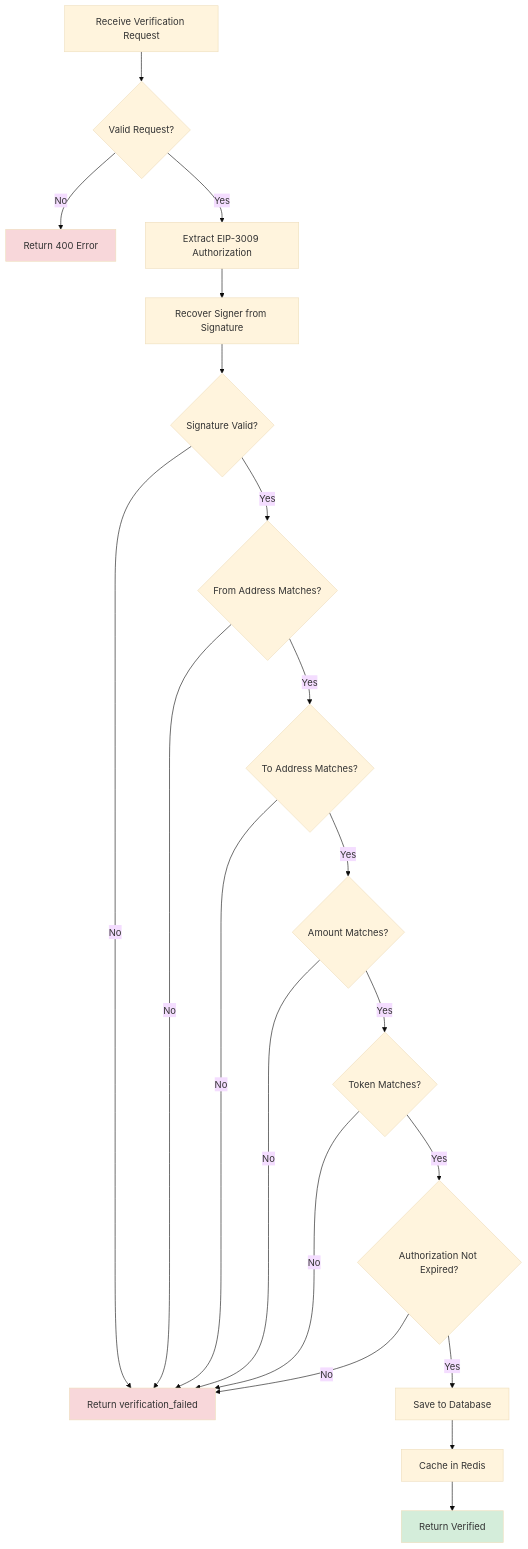
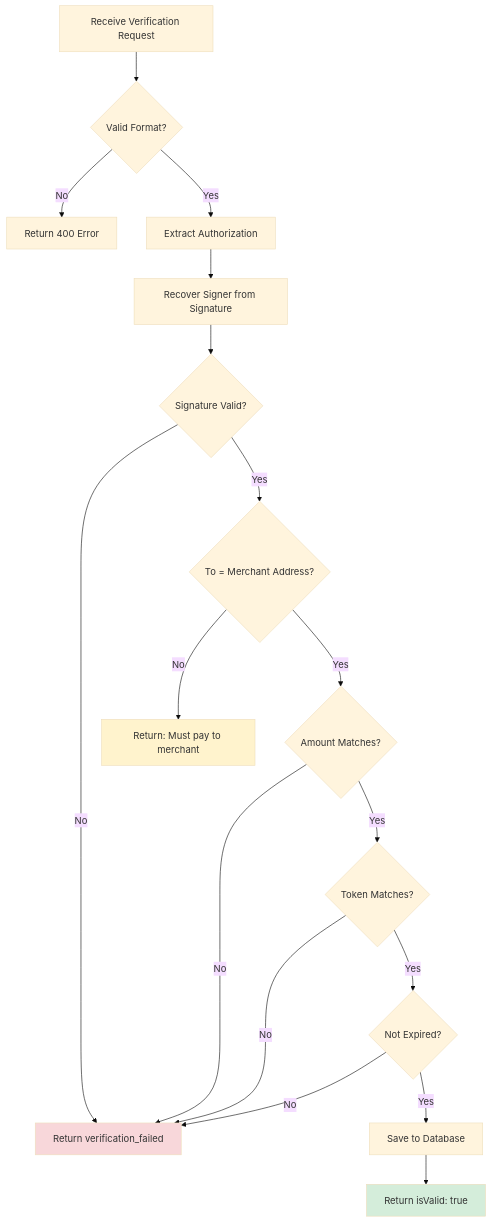
Before and after one commit to cascadingGeek/docs: the diagram in api-reference/verify.mdx, drawn with Mermaid (base theme). The commit also changed other lines of this file and 9 other files, not shown here.

Commit message:
--fix: update docs to reflect new payment flow

````diff
--- a/api-reference/verify.mdx
+++ b/api-reference/verify.mdx
@@ -266,33 +254,29 @@
 ```mermaid
 flowchart TD
-    A[Receive Verification Request] --> B{Valid Request?}
+    A[Receive Verification Request] --> B{Valid Format?}
     B -->|No| C[Return 400 Error]
-    B -->|Yes| D[Extract EIP-3009 Authorization]
+    B -->|Yes| D[Extract Authorization]
 
     D --> E[Recover Signer from Signature]
     E --> F{Signature Valid?}
     F -->|No| G[Return verification_failed]
 
-    F -->|Yes| H{From Address Matches?}
-    H -->|No| G
+    F -->|Yes| H{To = Merchant Address?}
+    H -->|No| I[Return: Must pay to merchant]
 
-    H -->|Yes| I{To Address Matches?}
-    I -->|No| G
-
-    I -->|Yes| J{Amount Matches?}
+    H -->|Yes| J{Amount Matches?}
     J -->|No| G
 
     J -->|Yes| K{Token Matches?}
     K -->|No| G
 
-    K -->|Yes| L{Authorization Not Expired?}
+    K -->|Yes| L{Not Expired?}
     L -->|No| G
 
     L -->|Yes| M[Save to Database]
-    M --> N[Cache in Redis]
-    N --> O[Return Verified]
+    M --> N[Return isValid: true]
 
-    style O fill:#d4edda
+    style N fill:#d4edda
     style G fill:#f8d7da
-    style C fill:#f8d7da
+    style I fill:#fff3cd
 ```
````
